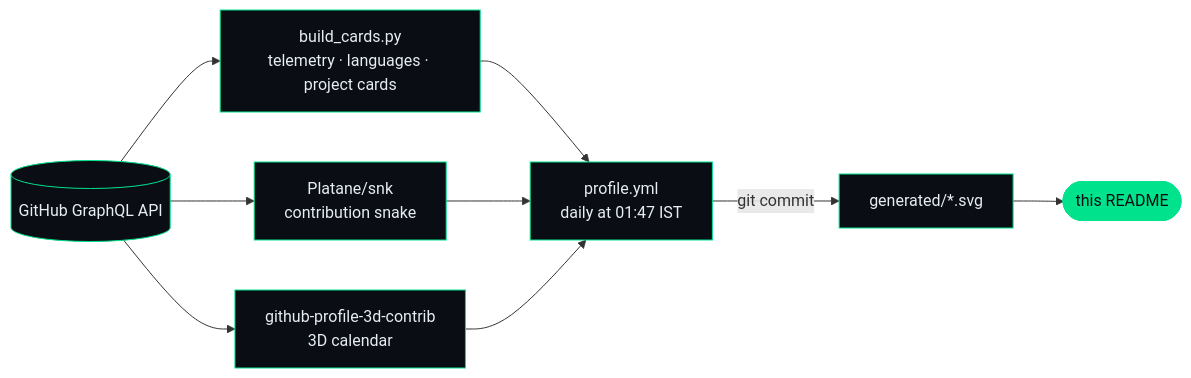
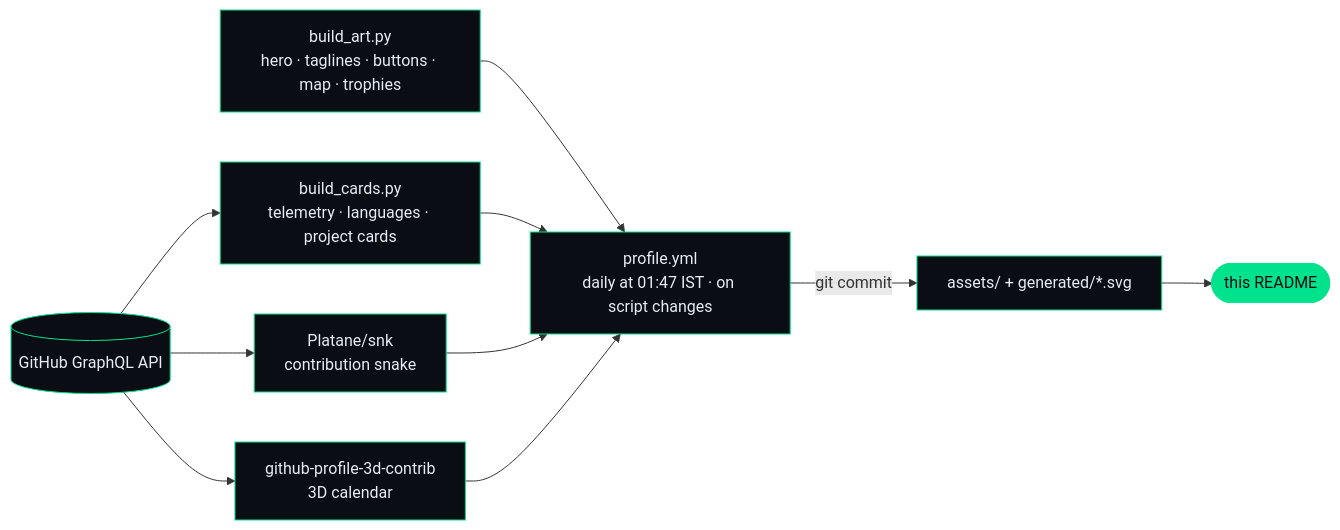
The diagram in README.md (rakshit-737/rakshit-737), drawn with Mermaid before and after one commit. The commit also changed other lines of this file and 29 other files, not shown here.

Commit message:
Animated profile: self-hosted banner and buttons, project animations, trophies log

````diff
--- a/README.md
+++ b/README.md
@@ -139,13 +127,14 @@
 ```mermaid
 flowchart LR
   API[("GitHub GraphQL API")] --> CARDS["build_cards.py<br/>telemetry · languages · project cards"]
+  ART["build_art.py<br/>hero · taglines · buttons · map · trophies"] --> GIT
   API --> SNK["Platane/snk<br/>contribution snake"]
   API --> D3["github-profile-3d-contrib<br/>3D calendar"]
-  CARDS & SNK & D3 --> GIT["profile.yml<br/>daily at 01:47 IST"]
-  GIT -->|git commit| SVG["generated/*.svg"]
+  CARDS & SNK & D3 --> GIT["profile.yml<br/>daily at 01:47 IST · on script changes"]
+  GIT -->|git commit| SVG["assets/ + generated/*.svg"]
   SVG --> README(["this README"])
   classDef n fill:#0a0e14,stroke:#00e38c,color:#e6edf3
   classDef hub fill:#00e38c,stroke:#00e38c,color:#0a0e14
-  class API,CARDS,SNK,D3,GIT,SVG n
+  class API,CARDS,ART,SNK,D3,GIT,SVG n
   class README hub
 ```
````
